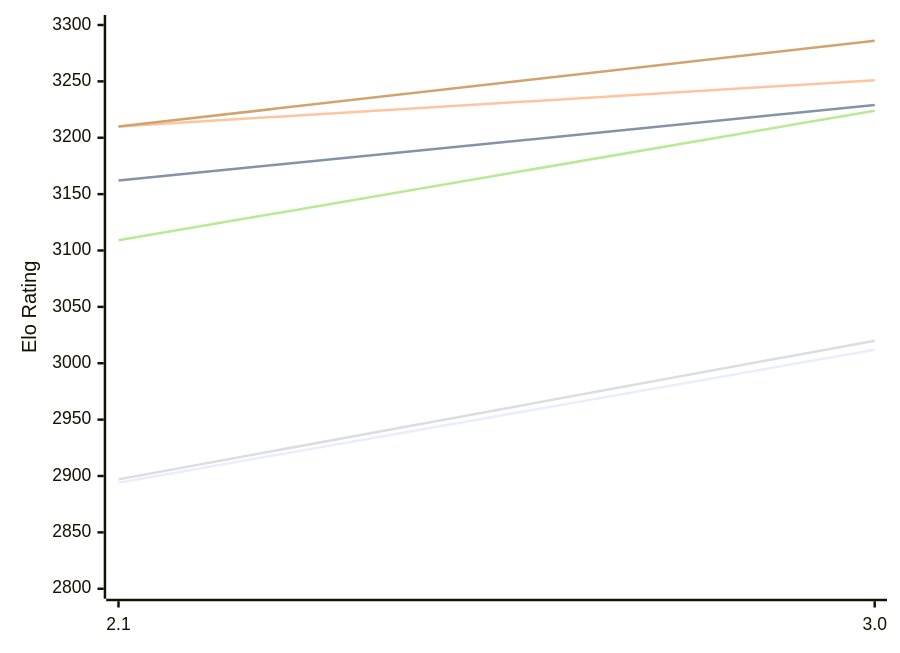
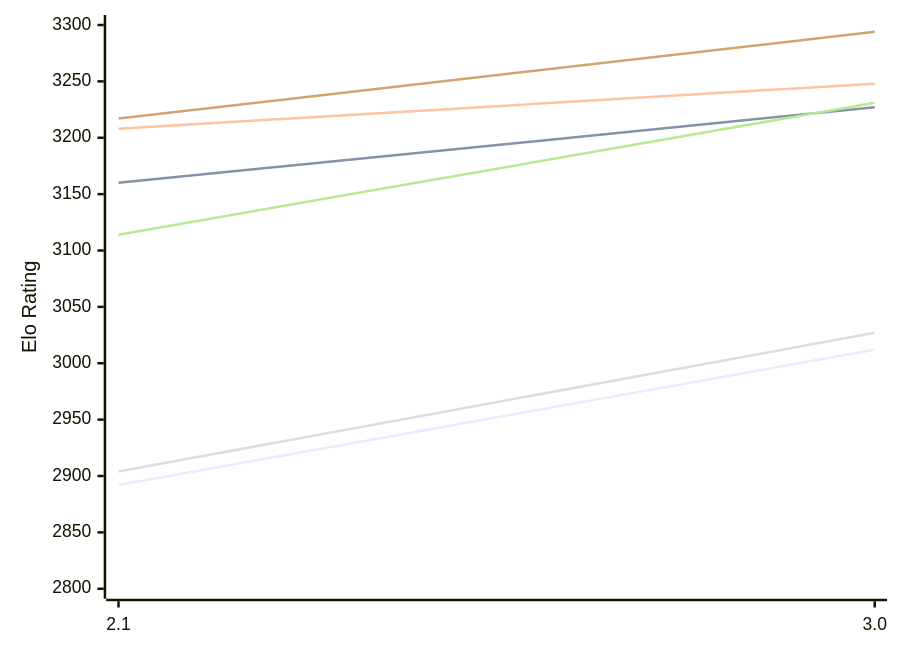
One commit to computer-chess-index/cci changed the first of 2 diagrams in engines/Quirky.md. Above: the diagram before and after it, drawn with Mermaid. The commit also changed other lines of this file, not shown here.

Commit message:
Update CCI Ratings (ELO VLTC) - 2026-11-23

````diff
--- a/engines/Quirky.md
+++ b/engines/Quirky.md
@@ -50,12 +50,12 @@
 ```mermaid
 %%{init: {"theme":"base","themeVariables":{"seriesColors:['#a3a3a3','#222221','#faa371']}}}%%
 xychart-beta
   x-axis ["2.1", "3.0"]
   y-axis "Elo Rating" 2800 --> 3300
-  line "E1: STC (8.0+0.08s)" [2894, 3012]
-  line "E1: LTC (60.0+0.60s)" [3162, 3229]
-  line "E1: VLTC (2m24s+1.12s)" [3210, 3251]
-  line "P1: STC (8.0+0.08s)" [2897, 3020]
-  line "P1: LTC (60.0+0.60s)" [3109, 3224]
-  line "P1: VLTC (2m24s+1.12s)" [3210, 3286]
+  line "E1: STC (8.0+0.08s)" [2892, 3012]
+  line "E1: LTC (60.0+0.60s)" [3160, 3227]
+  line "E1: VLTC (2m24s+1.12s)" [3208, 3248]
+  line "P1: STC (8.0+0.08s)" [2904, 3027]
+  line "P1: LTC (60.0+0.60s)" [3114, 3231]
+  line "P1: VLTC (2m24s+1.12s)" [3217, 3294]
 ```
````
